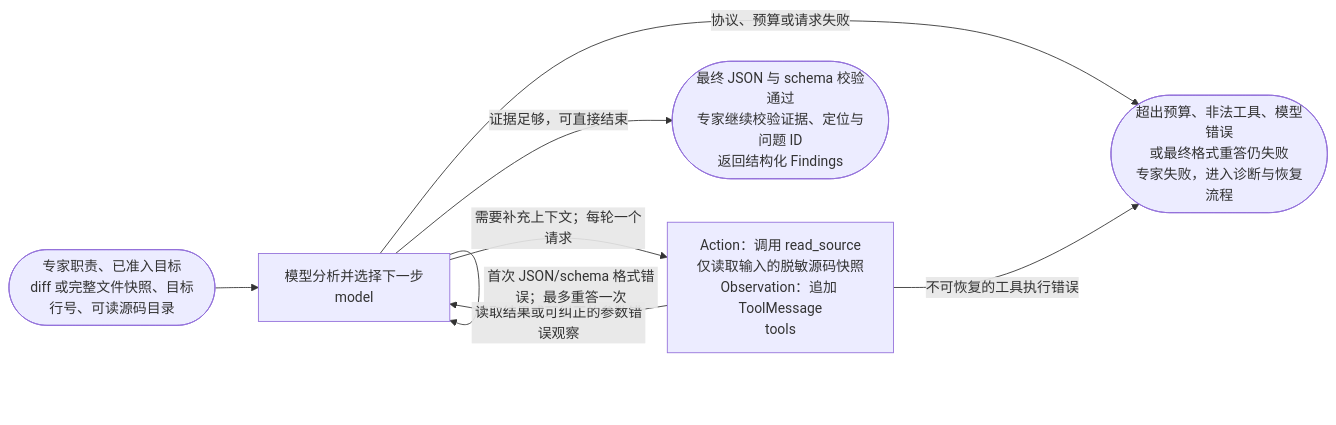
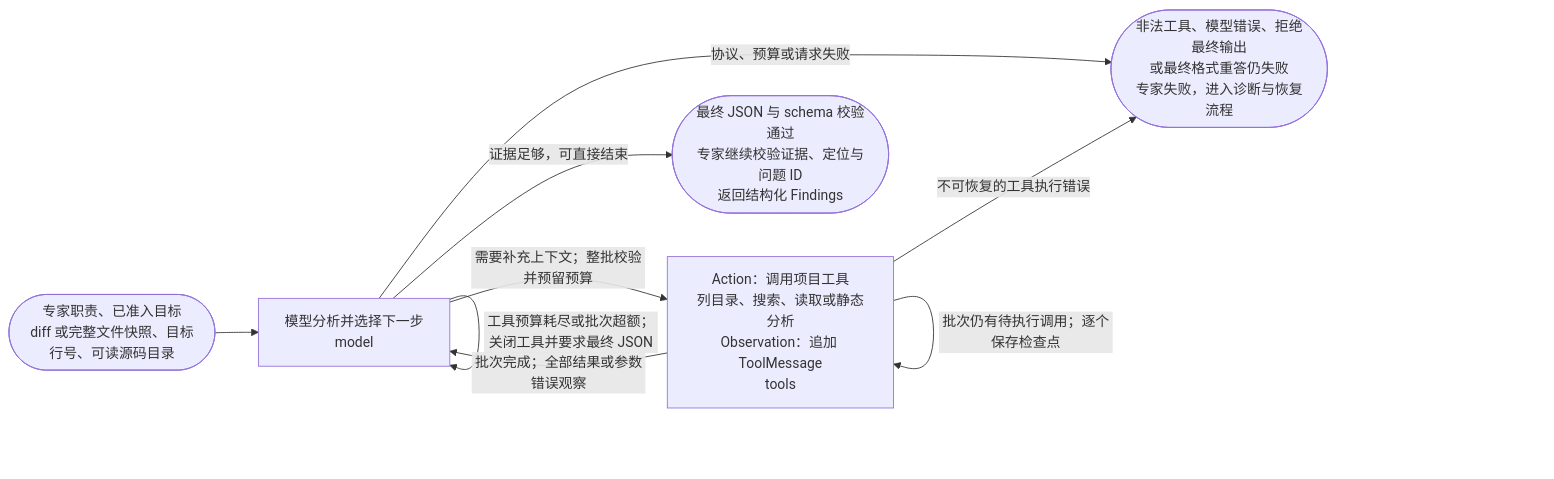
One commit to 12345zsk/multi-agent-code-review changed the second of 3 diagrams in docs/ARCHITECTURE.md. Above: the diagram before and after it, drawn with Mermaid. The commit also changed other lines of this file and 42 other files, not shown here.

````diff
--- a/docs/ARCHITECTURE.md
+++ b/docs/ARCHITECTURE.md
@@ -104,16 +107,18 @@
 ```mermaid
 flowchart LR
     INPUT(["专家职责、已准入目标<br/>diff 或完整文件快照、目标行号、可读源码目录"])
     MODEL["模型分析并选择下一步<br/>model"]
-    TOOLS["Action：调用 read_source<br/>仅读取输入的脱敏源码快照<br/>Observation：追加 ToolMessage<br/>tools"]
+    TOOLS["Action：调用项目工具<br/>列目录、搜索、读取或静态分析<br/>Observation：追加 ToolMessage<br/>tools"]
     FINDINGS(["最终 JSON 与 schema 校验通过<br/>专家继续校验证据、定位与问题 ID<br/>返回结构化 Findings"])
-    ERROR(["超出预算、非法工具、模型错误<br/>或最终格式重答仍失败<br/>专家失败，进入诊断与恢复流程"])
+    ERROR(["非法工具、模型错误、拒绝最终输出<br/>或最终格式重答仍失败<br/>专家失败，进入诊断与恢复流程"])
 
     INPUT --> MODEL
-    MODEL -->|"需要补充上下文；每轮一个请求"| TOOLS
-    TOOLS -->|"读取结果或可纠正的参数错误观察"| MODEL
+    MODEL -->|"需要补充上下文；整批校验并预留预算"| TOOLS
+    TOOLS -->|"批次仍有待执行调用；逐个保存检查点"| TOOLS
+    TOOLS -->|"批次完成；全部结果或参数错误观察"| MODEL
     MODEL -->|"证据足够，可直接结束"| FINDINGS
     MODEL -->|"首次 JSON/schema 格式错误；最多重答一次"| MODEL
+    MODEL -->|"工具预算耗尽或批次超额；关闭工具并要求最终 JSON"| MODEL
     MODEL -->|"协议、预算或请求失败"| ERROR
     TOOLS -->|"不可恢复的工具执行错误"| ERROR
 ```
````
